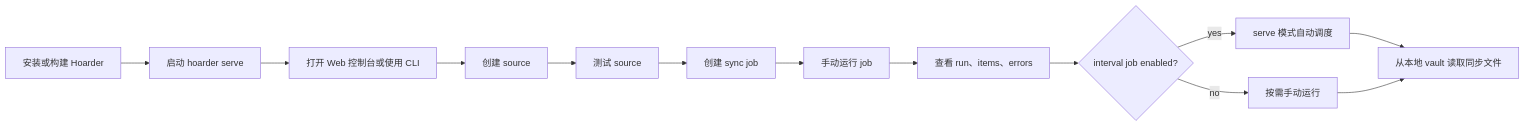
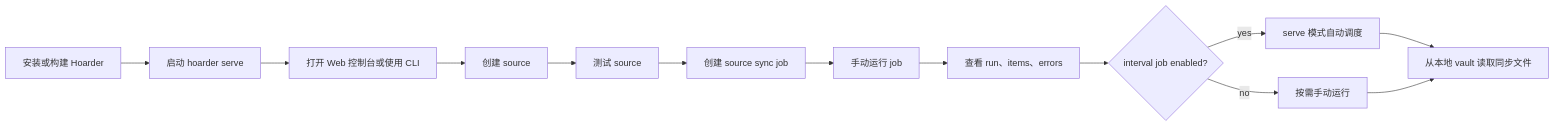
Before and after one commit to Ns2Kracy/hoarder: the first of 10 diagrams in docs/flows.md, drawn with Mermaid. The commit also changed other lines of this file and 17 other files, not shown here.

Commit message:
docs: clarify one-way source sync model

````diff
--- a/docs/flows.md
+++ b/docs/flows.md
@@ -9,15 +9,15 @@
 ```mermaid
 flowchart LR
     Install[安装或构建 Hoarder] --> Serve[启动 hoarder serve]
     Serve --> Open[打开 Web 控制台或使用 CLI]
     Open --> CreateSource[创建 source]
     CreateSource --> TestSource[测试 source]
-    TestSource --> CreateJob[创建 sync job]
+    TestSource --> CreateJob[创建 source sync job]
     CreateJob --> RunNow[手动运行 job]
     RunNow --> Inspect[查看 run、items、errors]
     Inspect --> Schedule{interval job enabled?}
     Schedule -- yes --> AutoRun[serve 模式自动调度]
     Schedule -- no --> ManualOnly[按需手动运行]
     AutoRun --> Vault[从本地 vault 读取同步文件]
     ManualOnly --> Vault
 ```
````
